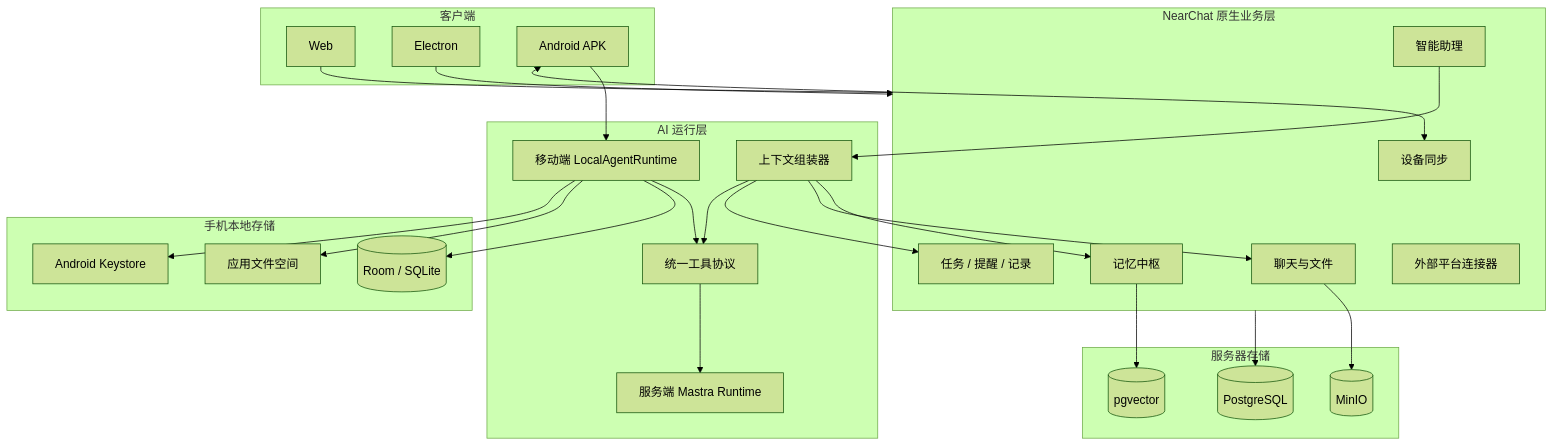
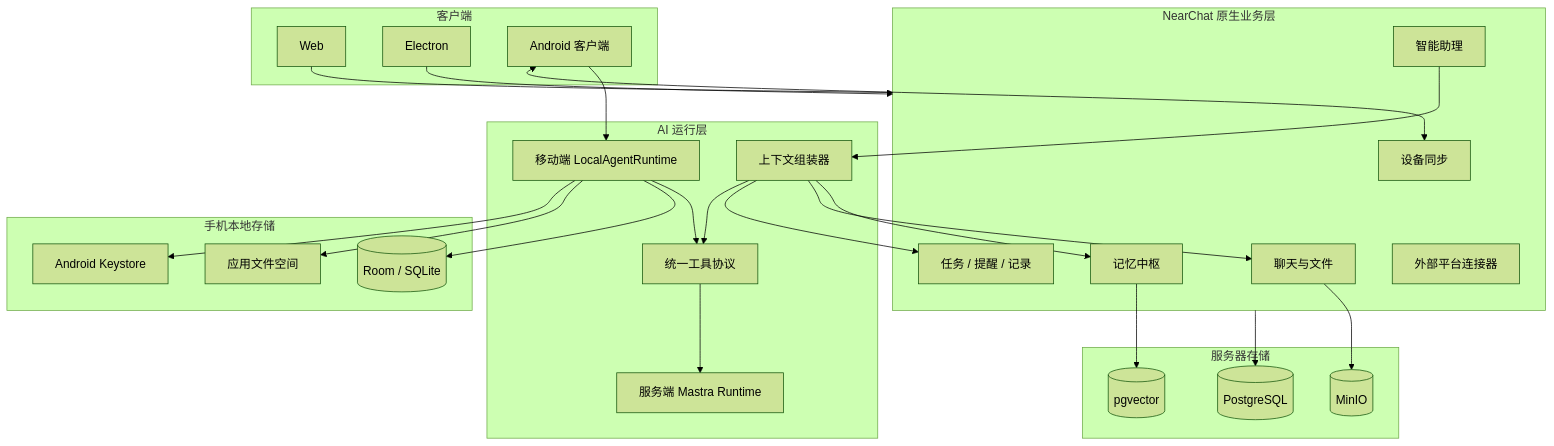
One commit to fukang0611/near-chat changed the diagram in docs/memory-mobile-connectors-plan.md. Above: the diagram before and after it, drawn with Mermaid (forest theme). The commit also changed other lines of this file and 208 other files, not shown here.

````diff
--- a/docs/memory-mobile-connectors-plan.md
+++ b/docs/memory-mobile-connectors-plan.md
@@ -24,54 +24,54 @@
 ```mermaid
 flowchart TB
   subgraph Client[客户端]
     Web[Web]
     Desktop[Electron]
-    Mobile[Android APK]
+    Mobile[Android 客户端]
   end
 
   subgraph Domain[NearChat 原生业务层]
     Chat[聊天与文件]
     Memory[记忆中枢]
     Assistant[智能助理]
     Personal[任务 / 提醒 / 记录]
     Sync[设备同步]
     Connector[外部平台连接器]
   end
 
   subgraph Agent[AI 运行层]
     Context[上下文组装器]
     Tools[统一工具协议]
     Mastra[服务端 Mastra Runtime]
     LocalAgent[移动端 LocalAgentRuntime]
   end
 
   subgraph ServerStorage[服务器存储]
     PG[(PostgreSQL)]
     Vector[(pgvector)]
     MinIO[(MinIO)]
   end
 
   subgraph MobileStorage[手机本地存储]
     Room[(Room / SQLite)]
     Files[应用文件空间]
     KeyStore[Android Keystore]
   end
 
   Web --> Domain
   Desktop --> Domain
   Mobile --> LocalAgent
   Mobile <--> Sync
   Assistant --> Context
   Context --> Memory
   Context --> Chat
   Context --> Personal
   Context --> Tools
   Tools --> Mastra
   LocalAgent --> Tools
   Domain --> PG
   Memory --> Vector
   Chat --> MinIO
   LocalAgent --> Room
   LocalAgent --> Files
   LocalAgent --> KeyStore
 ```
````
